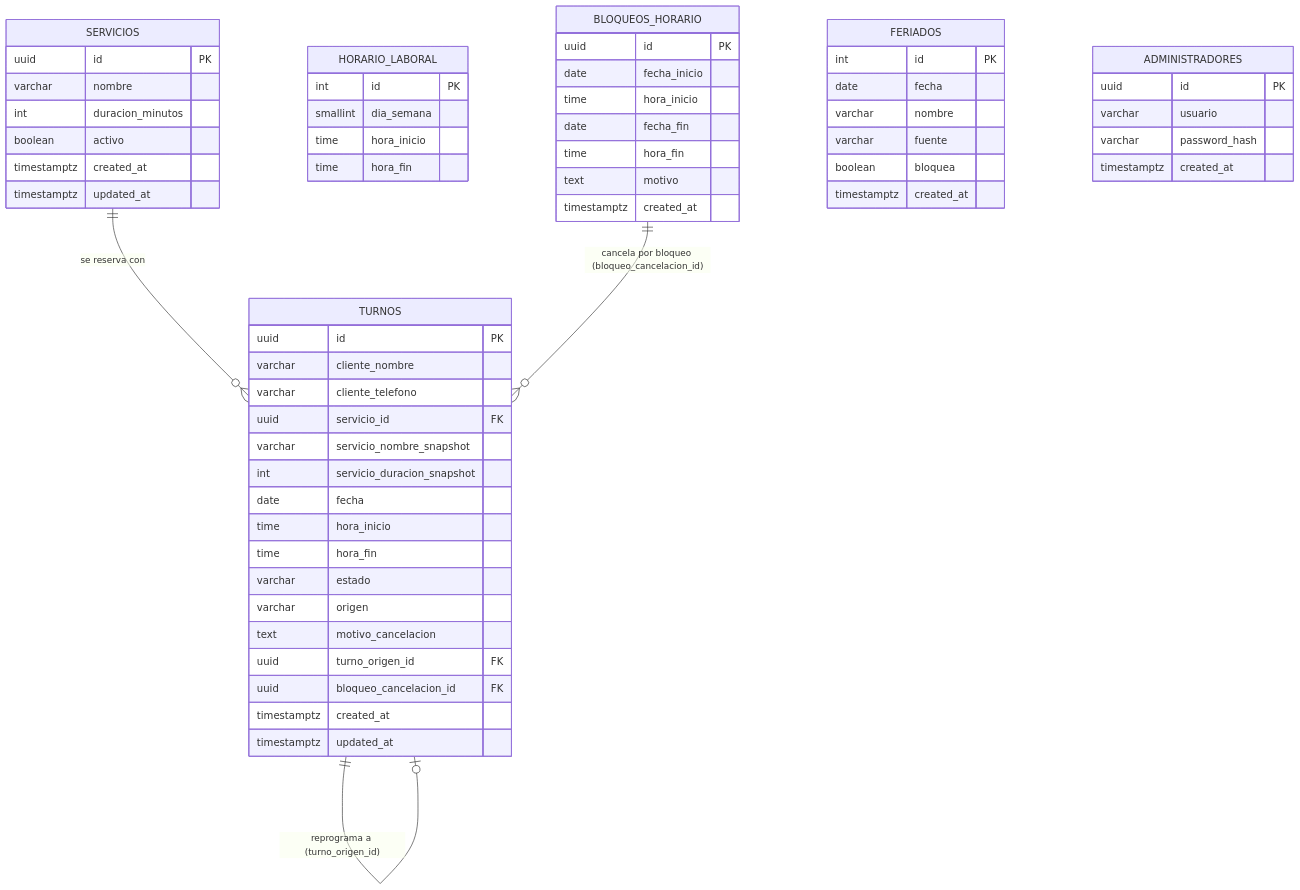
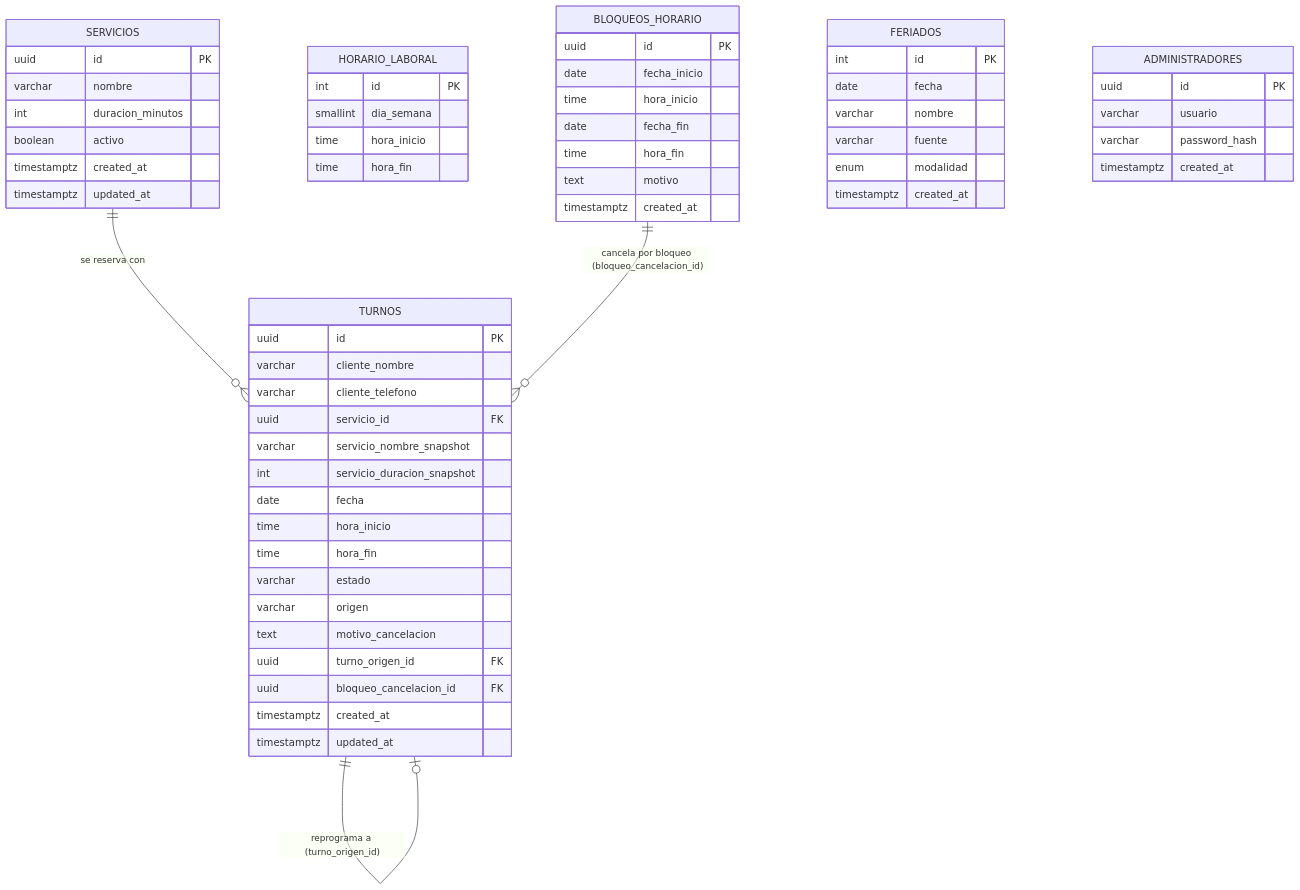
The diagram in Docs/modelo-datos.md (francorossi0811/Peluqueria_turnero), drawn with Mermaid before and after one commit. The commit also changed other lines of this file and 3 other files, not shown here.

````diff
--- a/Docs/modelo-datos.md
+++ b/Docs/modelo-datos.md
@@ -8,67 +8,67 @@
 ```mermaid
 erDiagram
     SERVICIOS {
         uuid id PK
         varchar nombre
         int duracion_minutos
         boolean activo
         timestamptz created_at
         timestamptz updated_at
     }
 
     HORARIO_LABORAL {
         int id PK
         smallint dia_semana
         time hora_inicio
         time hora_fin
     }
 
     BLOQUEOS_HORARIO {
         uuid id PK
         date fecha_inicio
         time hora_inicio
         date fecha_fin
         time hora_fin
         text motivo
         timestamptz created_at
     }
 
     FERIADOS {
         int id PK
         date fecha
         varchar nombre
         varchar fuente
-        boolean bloquea
+        enum modalidad
         timestamptz created_at
     }
 
     ADMINISTRADORES {
         uuid id PK
         varchar usuario
         varchar password_hash
         timestamptz created_at
     }
 
     TURNOS {
         uuid id PK
         varchar cliente_nombre
         varchar cliente_telefono
         uuid servicio_id FK
         varchar servicio_nombre_snapshot
         int servicio_duracion_snapshot
         date fecha
         time hora_inicio
         time hora_fin
         varchar estado
         varchar origen
         text motivo_cancelacion
         uuid turno_origen_id FK
         uuid bloqueo_cancelacion_id FK
         timestamptz created_at
         timestamptz updated_at
     }
 
     SERVICIOS ||--o{ TURNOS : "se reserva con"
     TURNOS ||--o| TURNOS : "reprograma a (turno_origen_id)"
     BLOQUEOS_HORARIO ||--o{ TURNOS : "cancela por bloqueo (bloqueo_cancelacion_id)"
 ```
````
